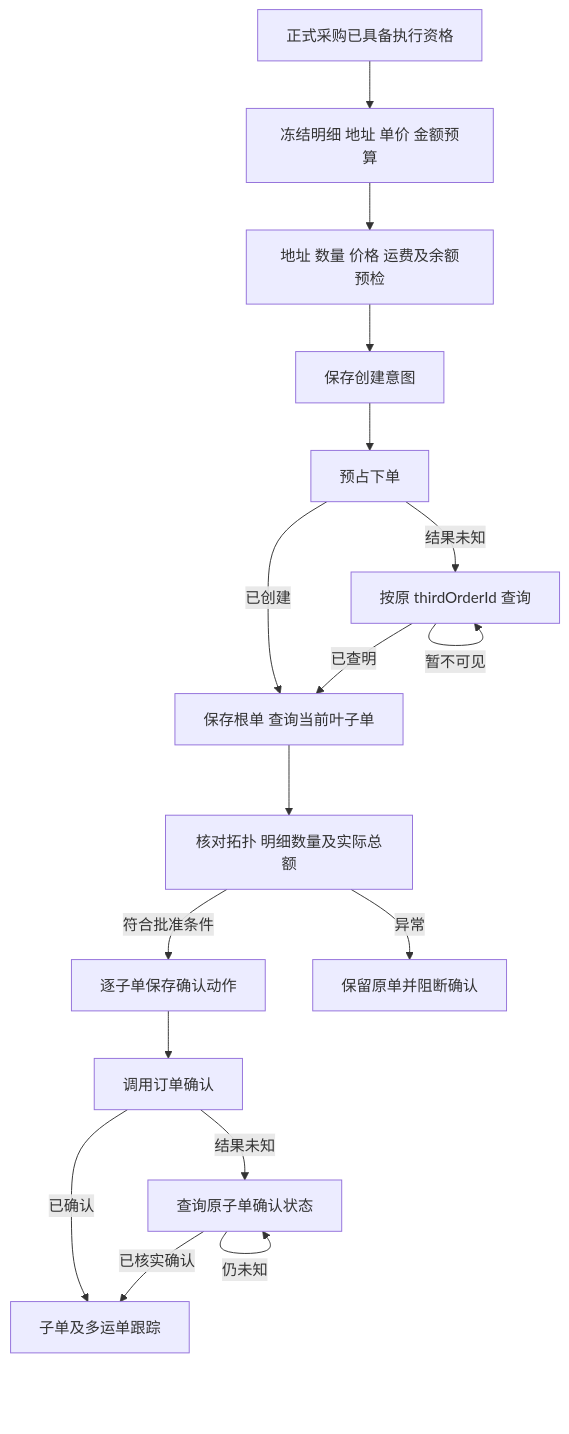
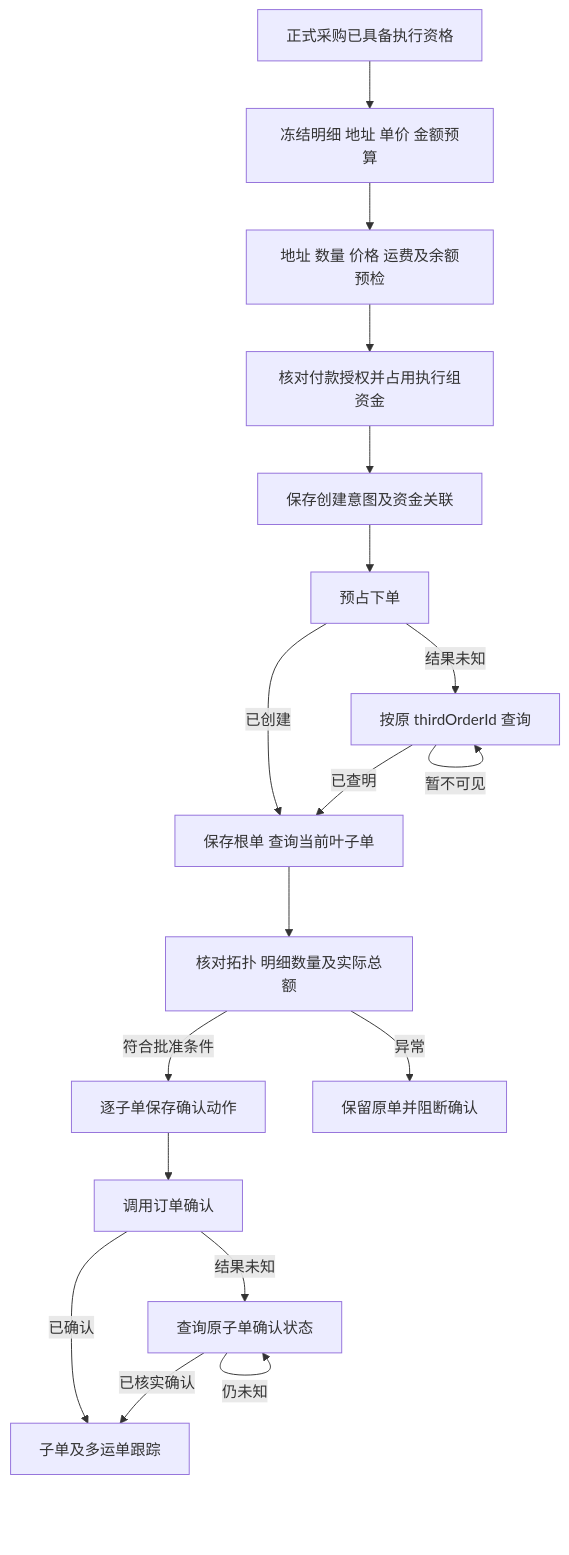
Before and after one commit to mztlive/erp: the diagram in docs/jd-vop-integration-plan.md, drawn with Mermaid. The commit also changed other lines of this file, not shown here.

````diff
--- a/docs/jd-vop-integration-plan.md
+++ b/docs/jd-vop-integration-plan.md
@@ -161,19 +192,20 @@
 ```mermaid
 flowchart TD
   A[正式采购已具备执行资格] --> B[冻结明细 地址 单价 金额预算]
   B --> C[地址 数量 价格 运费及余额预检]
-  C --> D[保存创建意图]
+  C --> P[核对付款授权并占用执行组资金]
+  P --> D[保存创建意图及资金关联]
   D --> E[预占下单]
   E -->|已创建| F[保存根单 查询当前叶子单]
   E -->|结果未知| U[按原 thirdOrderId 查询]
   U -->|已查明| F
   U -->|暂不可见| U
   F --> G[核对拓扑 明细数量及实际总额]
   G -->|符合批准条件| H[逐子单保存确认动作]
   G -->|异常| X[保留原单并阻断确认]
   H --> I[调用订单确认]
   I -->|结果未知| J[查询原子单确认状态]
   I -->|已确认| K[子单及多运单跟踪]
   J -->|已核实确认| K
   J -->|仍未知| J
 ```
````
